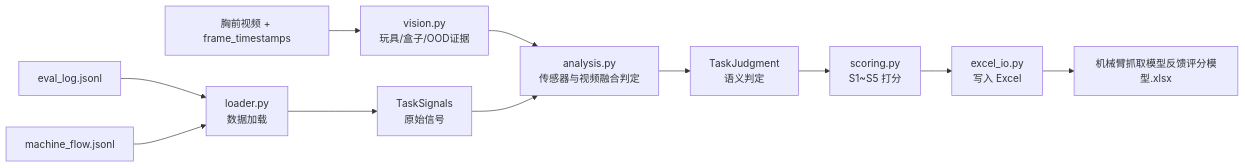
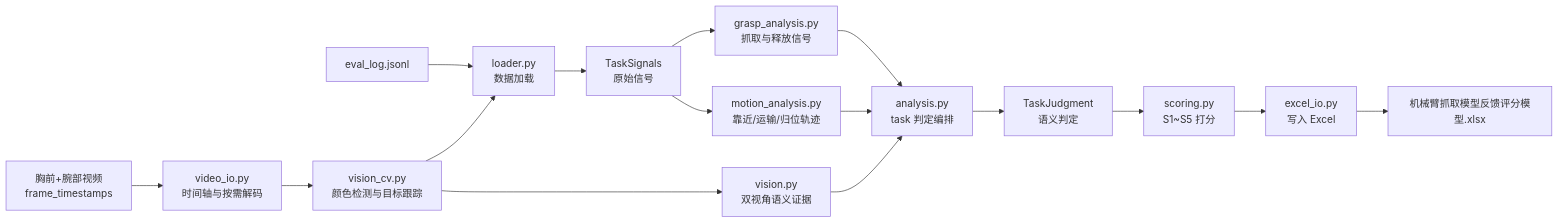
The diagram in README.md (liuyuan-1024/inference_scorer), drawn with Mermaid before and after one commit. The commit also changed other lines of this file and 16 other files, not shown here.

````diff
--- a/README.md
+++ b/README.md
@@ -80,13 +84,18 @@
 ```mermaid
 graph LR
     A[eval_log.jsonl] --> B[loader.py<br>数据加载]
     C[machine_flow.jsonl] --> B
     B --> D[TaskSignals<br>原始信号]
-    V[胸前视频 + frame_timestamps] --> X[vision.py<br>玩具/盒子/OOD证据]
+    V[胸前+腕部视频<br>frame_timestamps] --> T[video_io.py<br>时间轴与按需解码]
+    T --> C[vision_cv.py<br>颜色检测与目标跟踪]
+    C --> X[vision.py<br>双视角语义证据]
     X --> E
-    D --> E[analysis.py<br>传感器与视频融合判定]
+    D --> M[grasp_analysis.py<br>抓取与释放信号]
+    D --> K[motion_analysis.py<br>靠近/运输/归位轨迹]
+    M --> E
+    K --> E[analysis.py<br>task 判定编排]
     E --> F[TaskJudgment<br>语义判定]
     F --> G[scoring.py<br>S1~S5 打分]
     G --> H[excel_io.py<br>写入 Excel]
     H --> I[机械臂抓取模型反馈评分模型.xlsx]
 ```
````
